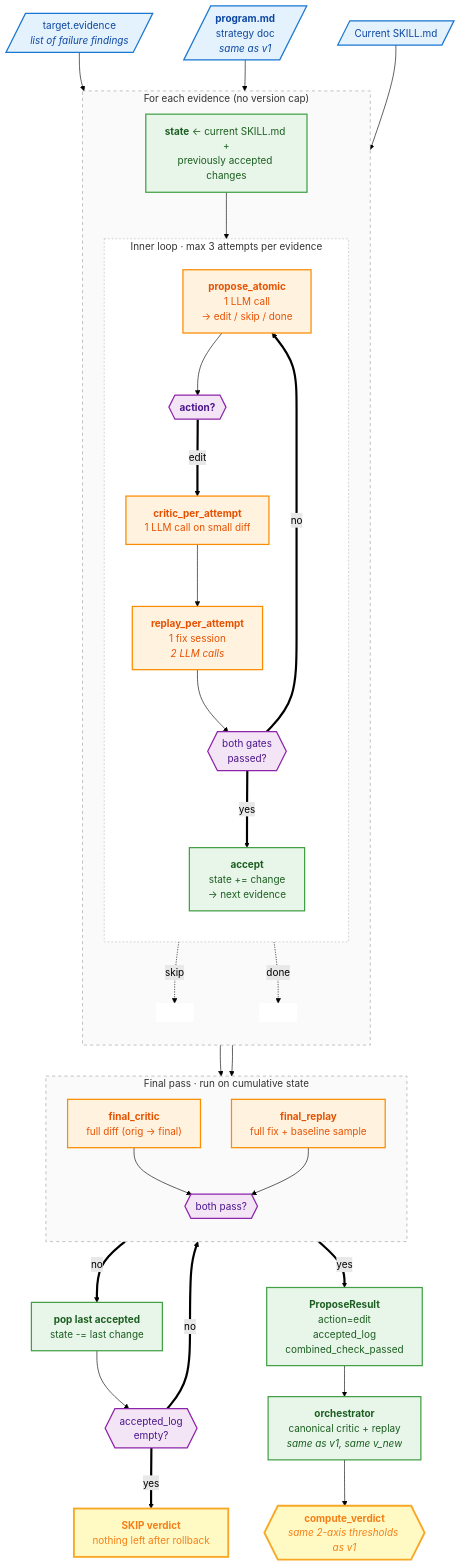
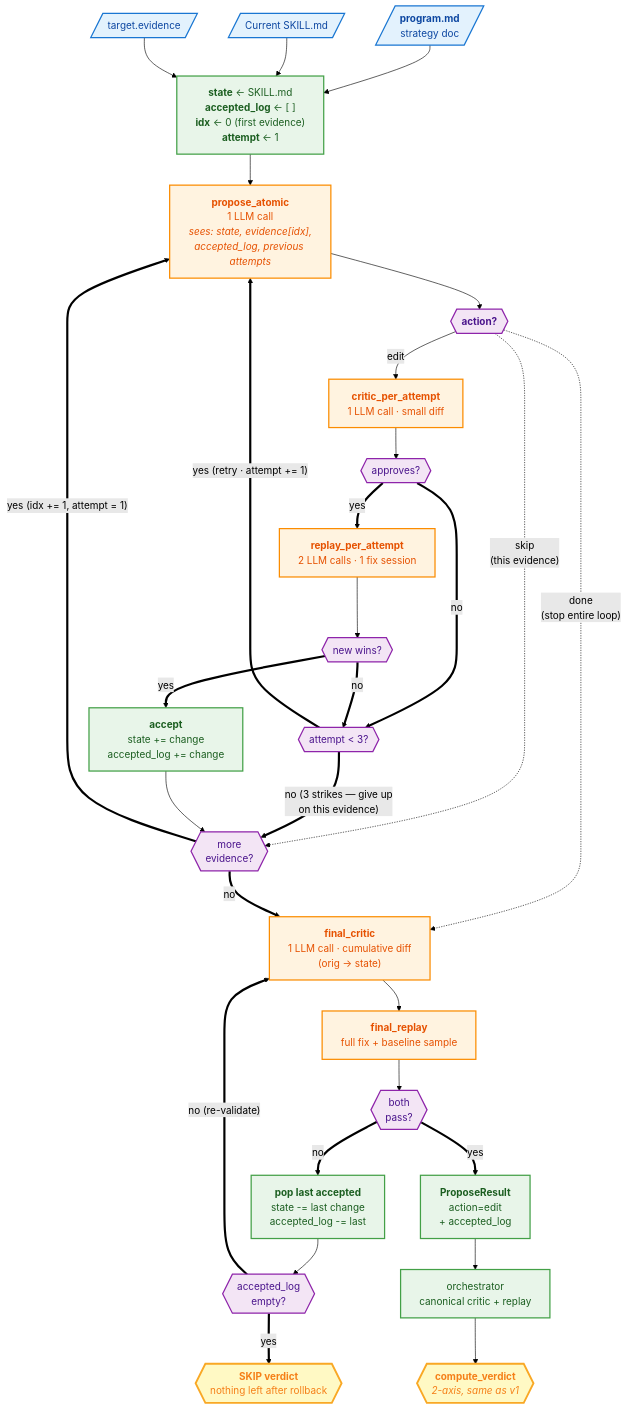
The diagram in agent_autoresearch/strategies/v2/docs.md (yilgara/agent-autoresearch), drawn with Mermaid (forest theme) before and after one commit. The commit also changed 17 other files, not shown here.

````diff
--- a/agent_autoresearch/strategies/v2/docs.md
+++ b/agent_autoresearch/strategies/v2/docs.md
@@ -29,73 +29,75 @@
 ```mermaid
 flowchart TB
     %% ── Inputs ──
-    PROG[/"<b>program.md</b><br/>strategy doc<br/><i>same as v1</i>"/]:::io
+    PROG[/"<b>program.md</b><br/>strategy doc"/]:::io
     SK[/"Current SKILL.md"/]:::io
-    EV[/"target.evidence<br/><i>list of failure findings</i>"/]:::io
+    EV[/"target.evidence"/]:::io
 
-    %% ── Per-evidence outer loop ──
-    subgraph LOOP[" For each evidence (no version cap) "]
-        direction TB
+    %% ── Initial state ──
+    INIT["<b>state</b> ← SKILL.md<br/><b>accepted_log</b> ← [ ]<br/><b>idx</b> ← 0 (first evidence)<br/><b>attempt</b> ← 1"]:::nollm
+    PROG --> INIT
+    SK --> INIT
+    EV --> INIT
 
-        START["<b>state</b> ← current SKILL.md +<br/>previously accepted changes"]:::nollm
+    %% ── Atomic propose call (one per attempt) ──
+    P1["<b>propose_atomic</b><br/>1 LLM call<br/><i>sees: state, evidence[idx],<br/>accepted_log, previous attempts</i>"]:::llm
+    INIT --> P1
 
-        %% ── Per-evidence inner retry loop ──
-        subgraph RETRY[" Inner loop · max 3 attempts per evidence "]
-            direction TB
-            P1["<b>propose_atomic</b><br/>1 LLM call<br/>→ edit / skip / done"]:::llm
-            ACT{{"<b>action?</b>"}}:::decision
-            CR["<b>critic_per_attempt</b><br/>1 LLM call on small diff"]:::llm
-            RP["<b>replay_per_attempt</b><br/>1 fix session<br/><i>2 LLM calls</i>"]:::llm
-            BOTH{{"both gates<br/>passed?"}}:::decision
-            ACCEPT["<b>accept</b><br/>state += change<br/>→ next evidence"]:::nollm
-            P1 --> ACT
-            ACT == "edit" ==> CR
-            CR --> RP
-            RP --> BOTH
-            BOTH == "yes" ==> ACCEPT
-            BOTH == "no" ==> P1
-        end
+    %% ── Action gate ──
+    ACT{{"<b>action?</b>"}}:::decision
+    P1 --> ACT
 
-        START --> P1
-        ACT -. "skip" .-> NXT[ ]:::skipnode
-        ACT -. "done" .-> EXIT[ ]:::skipnode
-    end
+    %% three branches: edit | skip | done
+    ACT -- "edit" --> CR
+    ACT -. "skip<br/>(this evidence)" .-> NEXT
+    ACT -. "done<br/>(stop entire loop)" .-> FC
 
-    EV --> START
-    PROG --> P1
-    SK --> START
+    %% ── Per-attempt validation (edit path only) ──
+    CR["<b>critic_per_attempt</b><br/>1 LLM call · small diff"]:::llm
+    CR --> CRDEC{{"approves?"}}:::decision
+    CRDEC == "yes" ==> RP
+    CRDEC == "no" ==> RETRY
 
-    %% ── After loop: final validation ──
-    subgraph FINAL[" Final pass · run on cumulative state "]
-        direction TB
-        FC["<b>final_critic</b><br/>full diff (orig → final)"]:::llm
-        FR["<b>final_replay</b><br/>full fix + baseline sample"]:::llm
-        OK{{"both pass?"}}:::decision
-        FC --> OK
-        FR --> OK
-    end
-    ACCEPT --> FC
-    EXIT --> FC
+    RP["<b>replay_per_attempt</b><br/>2 LLM calls · 1 fix session"]:::llm
+    RP --> RPDEC{{"new wins?"}}:::decision
+    RPDEC == "yes" ==> ACCEPT
+    RPDEC == "no" ==> RETRY
 
-    %% Recursive rollback
-    OK == "no" ==> POP["<b>pop last accepted</b><br/>state -= last change"]:::nollm
+    %% ── Retry budget ──
+    RETRY{{"attempt &lt; 3?"}}:::decision
+    RETRY == "yes (retry · attempt += 1)" ==> P1
+    RETRY == "no (3 strikes — give up<br/>on this evidence)" ==> NEXT
+
+    %% ── Accept this evidence's change, then next ──
+    ACCEPT["<b>accept</b><br/>state += change<br/>accepted_log += change"]:::nollm
+    ACCEPT --> NEXT
+
+    %% ── Outer loop control ──
+    NEXT{{"more<br/>evidence?"}}:::decision
+    NEXT == "yes (idx += 1, attempt = 1)" ==> P1
+    NEXT == "no" ==> FC
+
+    %% ── Final combined validation ──
+    FC["<b>final_critic</b><br/>1 LLM call · cumulative diff<br/>(orig → state)"]:::llm
+    FC --> FR
+    FR["<b>final_replay</b><br/>full fix + baseline sample"]:::llm
+    FR --> OK{{"both<br/>pass?"}}:::decision
+
+    %% ── Recursive rollback ──
+    OK == "no" ==> POP["<b>pop last accepted</b><br/>state -= last change<br/>accepted_log -= last"]:::nollm
     POP --> EMPTY{{"accepted_log<br/>empty?"}}:::decision
-    EMPTY == "no" ==> FC
-    EMPTY == "yes" ==> SKIPV["<b>SKIP verdict</b><br/>nothing left after rollback"]:::verdict
+    EMPTY == "no (re-validate)" ==> FC
+    EMPTY == "yes" ==> SKIPV{{"<b>SKIP verdict</b><br/>nothing left after rollback"}}:::verdict
 
-    %% Success → orchestrator's canonical critic + replay + verdict
-    OK == "yes" ==> RESULT["<b>ProposeResult</b><br/>action=edit<br/>accepted_log<br/>combined_check_passed"]:::nollm
-    RESULT --> ORCH["<b>orchestrator</b><br/>canonical critic + replay<br/><i>same as v1, same v_new</i>"]:::nollm
-    ORCH --> V{{"<b>compute_verdict</b><br/><i>same 2-axis thresholds as v1</i>"}}:::verdict
+    %% ── Success path ──
+    OK == "yes" ==> RESULT["<b>ProposeResult</b><br/>action=edit<br/>+ accepted_log"]:::nollm
+    RESULT --> ORCH["orchestrator<br/>canonical critic + replay"]:::nollm
+    ORCH --> V{{"<b>compute_verdict</b><br/><i>2-axis, same as v1</i>"}}:::verdict
 
     %% ── Styling ──
     classDef nollm fill:#E8F5E9,stroke:#43A047,stroke-width:2px,color:#1B5E20
     classDef llm fill:#FFF3E0,stroke:#FB8C00,stroke-width:2px,color:#E65100
     classDef io fill:#E3F2FD,stroke:#1976D2,stroke-width:2px,color:#0D47A1
     classDef verdict fill:#FFF9C4,stroke:#F9A825,stroke-width:3px,color:#F57F17
     classDef decision fill:#F3E5F5,stroke:#8E24AA,stroke-width:2px,color:#4A148C
-    classDef skipnode fill:#FFFFFF,stroke:#FFFFFF,color:#FFFFFF
-    style LOOP fill:#FAFAFA,stroke:#9E9E9E,stroke-dasharray:5 5
-    style RETRY fill:#FFFFFF,stroke:#BDBDBD,stroke-dasharray:3 3
-    style FINAL fill:#FAFAFA,stroke:#9E9E9E,stroke-dasharray:5 5
 ```
````
